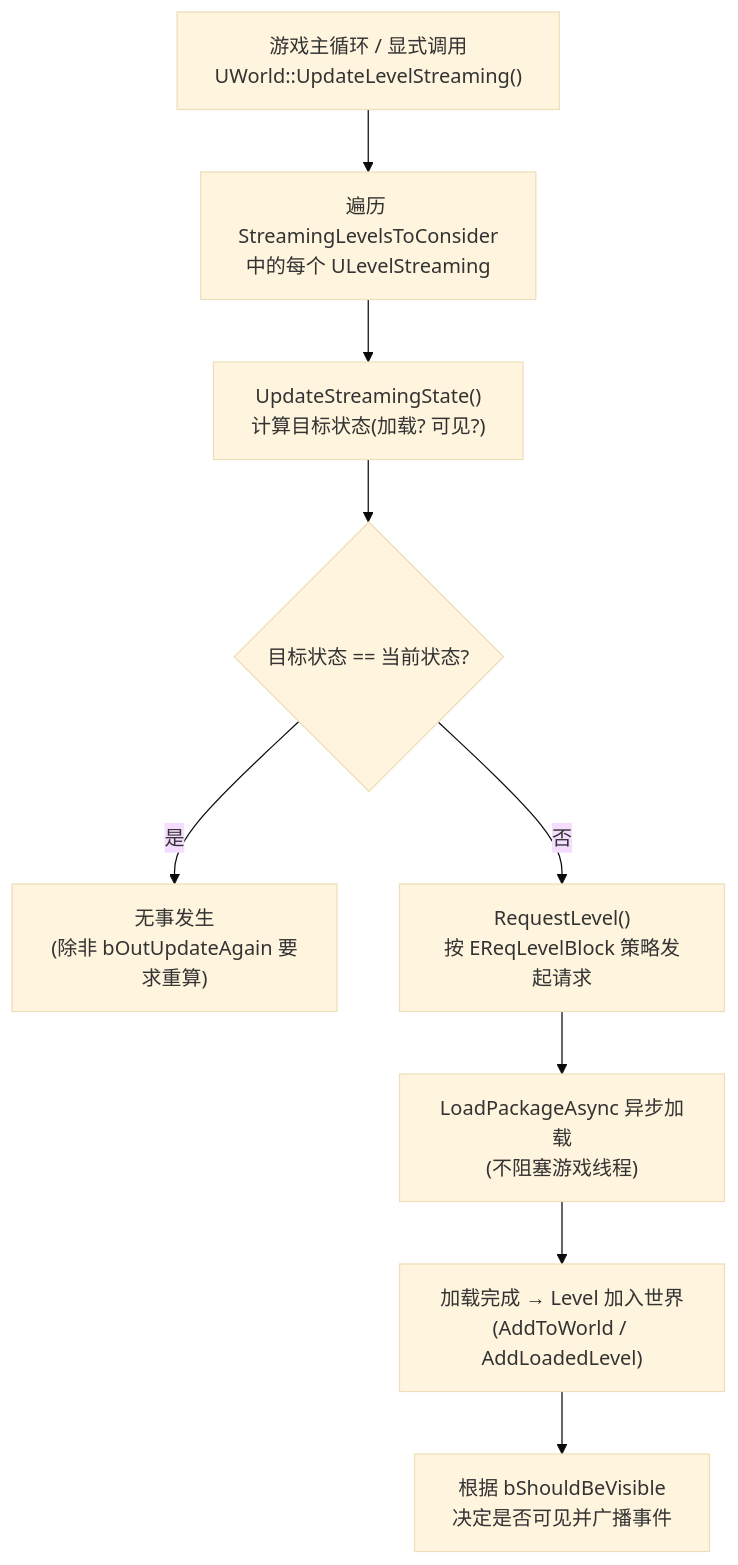
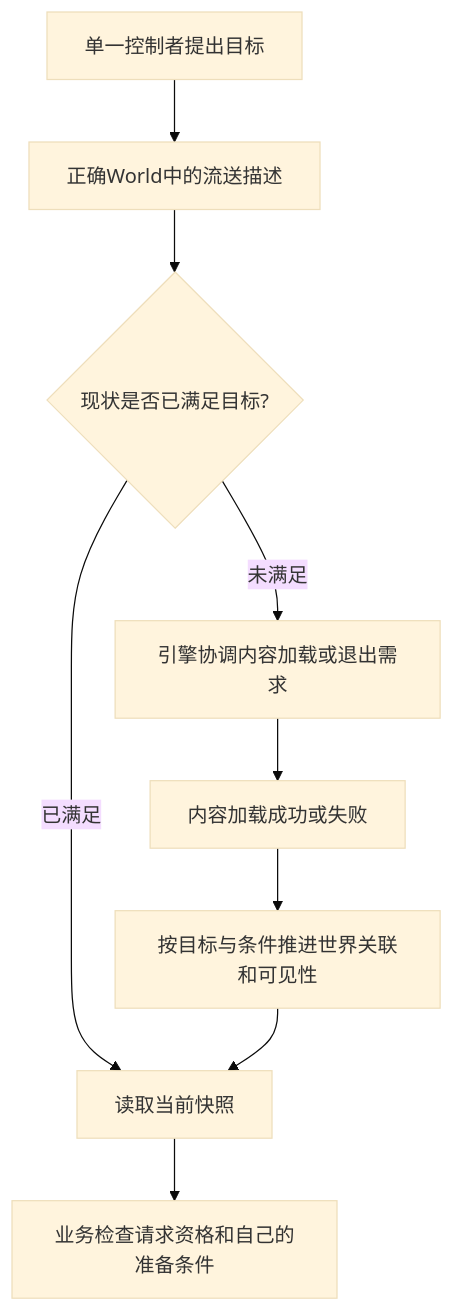
One commit to fantuan812/learning changed the first of 5 diagrams in 知识/03-引擎架构与资源系统/世界组织与资源加载/08-关卡流送LevelStreaming.md. Above: the diagram before and after it, drawn with Mermaid (base theme). The commit also changed other lines of this file and 1 other file, not shown here.

````diff
--- a/知识/03-引擎架构与资源系统/世界组织与资源加载/08-关卡流送LevelStreaming.md
+++ b/知识/03-引擎架构与资源系统/世界组织与资源加载/08-关卡流送LevelStreaming.md
@@ -65,11 +88,11 @@
 ```mermaid
 flowchart TD
-    A["游戏主循环 / 显式调用<br/>UWorld::UpdateLevelStreaming()"] --> B["遍历 StreamingLevelsToConsider<br/>中的每个 ULevelStreaming"]
-    B --> C["UpdateStreamingState()<br/>计算目标状态(加载? 可见?)"]
-    C --> D{"目标状态 == 当前状态?"}
-    D -- "是" --> E["无事发生<br/>(除非 bOutUpdateAgain 要求重算)"]
-    D -- "否" --> F["RequestLevel()<br/>按 EReqLevelBlock 策略发起请求"]
-    F --> G["LoadPackageAsync 异步加载<br/>(不阻塞游戏线程)"]
-    G --> H["加载完成 → Level 加入世界<br/>(AddToWorld / AddLoadedLevel)"]
-    H --> I["根据 bShouldBeVisible<br/>决定是否可见并广播事件"]
+    A[单一控制者提出目标] --> B[正确World中的流送描述]
+    B --> C{现状是否已满足目标?}
+    C -- 已满足 --> D[读取当前快照]
+    C -- 未满足 --> E[引擎协调内容加载或退出需求]
+    E --> F[内容加载成功或失败]
+    F --> G[按目标与条件推进世界关联和可见性]
+    G --> D
+    D --> H[业务检查请求资格和自己的准备条件]
 ```
````
